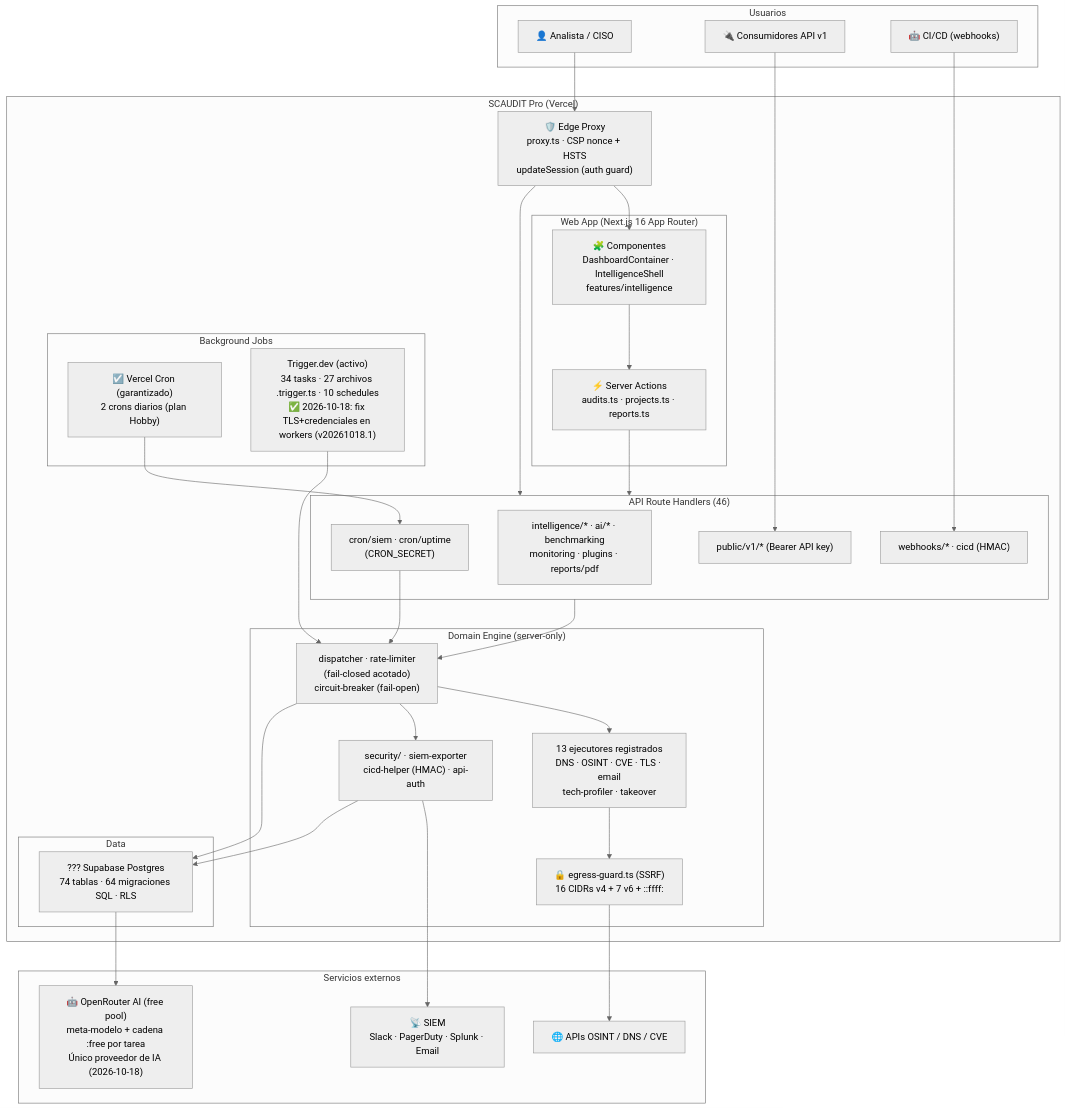
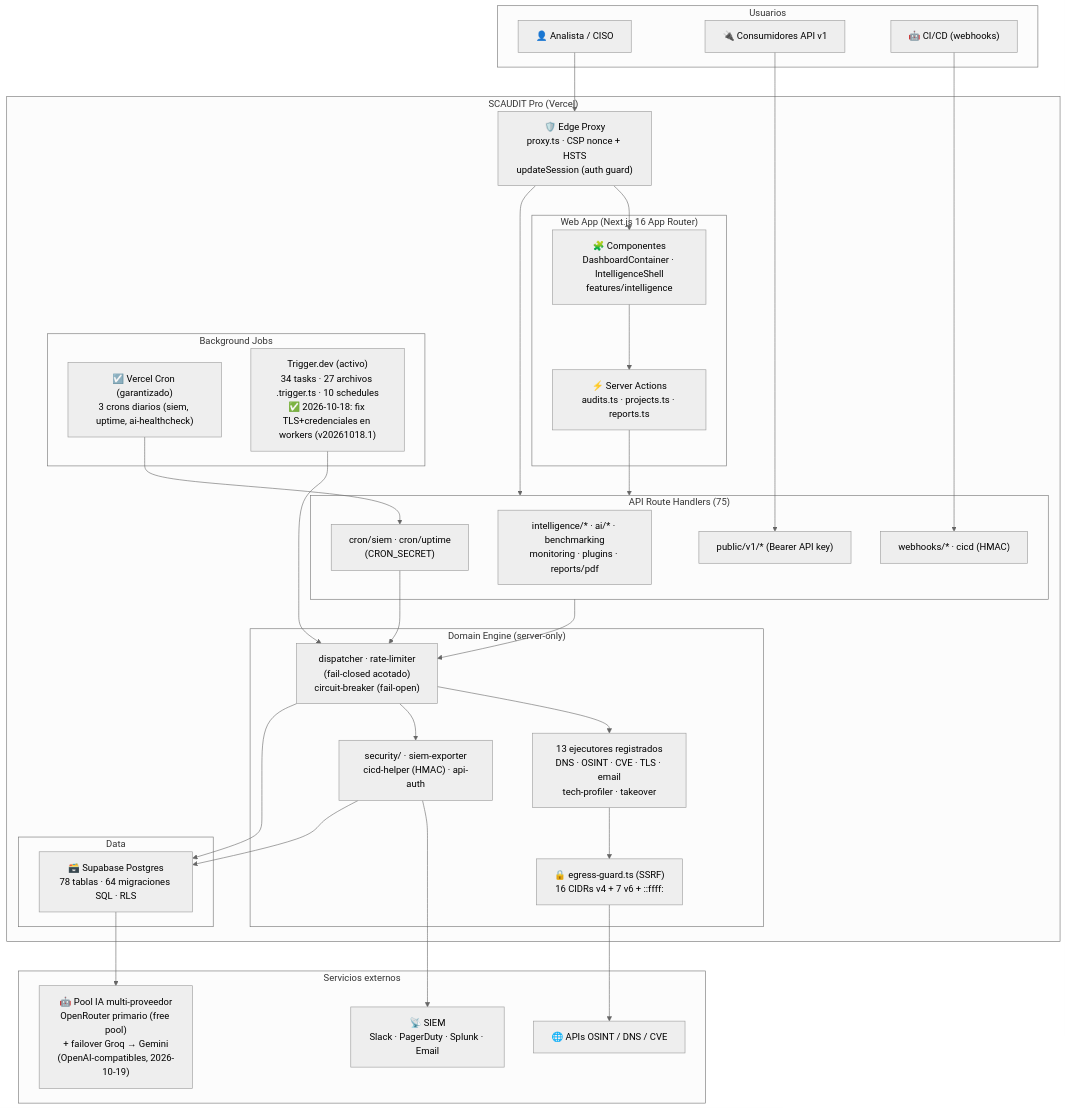
Before and after one commit to StrategicConnex/StrategicConnexAudit: the first of 14 diagrams in README.md, drawn with Mermaid (neutral theme). The commit also changed other lines of this file and 21 other files, not shown here.

````diff
--- a/README.md
+++ b/README.md
@@ -215,66 +218,66 @@
 ```mermaid
 flowchart TB
     subgraph PERSONAS["Usuarios"]
         P1["👤 Analista / CISO"]
         P2["🔌 Consumidores API v1"]
         P3["🤖 CI/CD (webhooks)"]
     end
 
     subgraph SCAUDIT["SCAUDIT Pro (Vercel)"]
         EDGE["🛡️ Edge Proxy<br/>proxy.ts · CSP nonce + HSTS<br/>updateSession (auth guard)"]
 
         subgraph WEB["Web App (Next.js 16 App Router)"]
             UI["🧩 Componentes<br/>DashboardContainer · IntelligenceShell<br/>features/intelligence"]
             ACT["⚡ Server Actions<br/>audits.ts · projects.ts · reports.ts"]
         end
 
-        subgraph API["API Route Handlers (46)"]
+        subgraph API["API Route Handlers (75)"]
             API_IT["intelligence/* · ai/* · benchmarking<br/>monitoring · plugins · reports/pdf"]
             API_PUB["public/v1/* (Bearer API key)"]
             API_WEB["webhooks/* · cicd (HMAC)"]
             API_CRON["cron/siem · cron/uptime<br/>(CRON_SECRET)"]
         end
 
         subgraph DOMAIN["Domain Engine (server-only)"]
             CORE["dispatcher · rate-limiter<br/>(fail-closed acotado)<br/>circuit-breaker (fail-open)"]
             EXEC["13 ejecutores registrados<br/>DNS · OSINT · CVE · TLS · email<br/>tech-profiler · takeover"]
             EG["🔒 egress-guard.ts (SSRF)<br/>16 CIDRs v4 + 7 v6 + ::ffff:"]
             SEC["security/ · siem-exporter<br/>cicd-helper (HMAC) · api-auth"]
         end
 
         subgraph JOBS["Background Jobs"]
-            VC["☑️ Vercel Cron (garantizado)<br/>2 crons diarios (plan Hobby)"]
+            VC["☑️ Vercel Cron (garantizado)<br/>3 crons diarios (siem, uptime, ai-healthcheck)"]
             TD["Trigger.dev (activo)<br/>34 tasks · 27 archivos .trigger.ts · 10 schedules<br/>✅ 2026-10-18: fix TLS+credenciales en workers (v20261018.1)"]
         end
 
         subgraph DATA["Data"]
-            DB["??? Supabase Postgres<br/>74 tablas · 64 migraciones SQL · RLS"]
+            DB["🗃️ Supabase Postgres<br/>78 tablas · 64 migraciones SQL · RLS"]
         end
     end
 
     subgraph EXT["Servicios externos"]
-        AI["🤖 OpenRouter AI (free pool)<br/>meta-modelo + cadena :free por tarea<br/>Único proveedor de IA (2026-10-18)"]
+        AI["🤖 Pool IA multi-proveedor<br/>OpenRouter primario (free pool)<br/>+ failover Groq → Gemini<br/>(OpenAI-compatibles, 2026-10-19)"]
         SIEM["📡 SIEM<br/>Slack · PagerDuty · Splunk · Email"]
         OSINT["🌐 APIs OSINT / DNS / CVE"]
     end
 
     P1 --> EDGE
     P2 --> API_PUB
     P3 --> API_WEB
     EDGE --> UI
     EDGE --> API
     UI --> ACT
     ACT --> API
     API --> CORE
     CORE --> EXEC
     EXEC --> EG
     EG --> OSINT
     CORE --> SEC
     SEC --> SIEM
     VC --> API_CRON
     API_CRON --> CORE
     TD --> CORE
     CORE --> DB
     DB --> AI
     SEC --> DB
 ```
````
